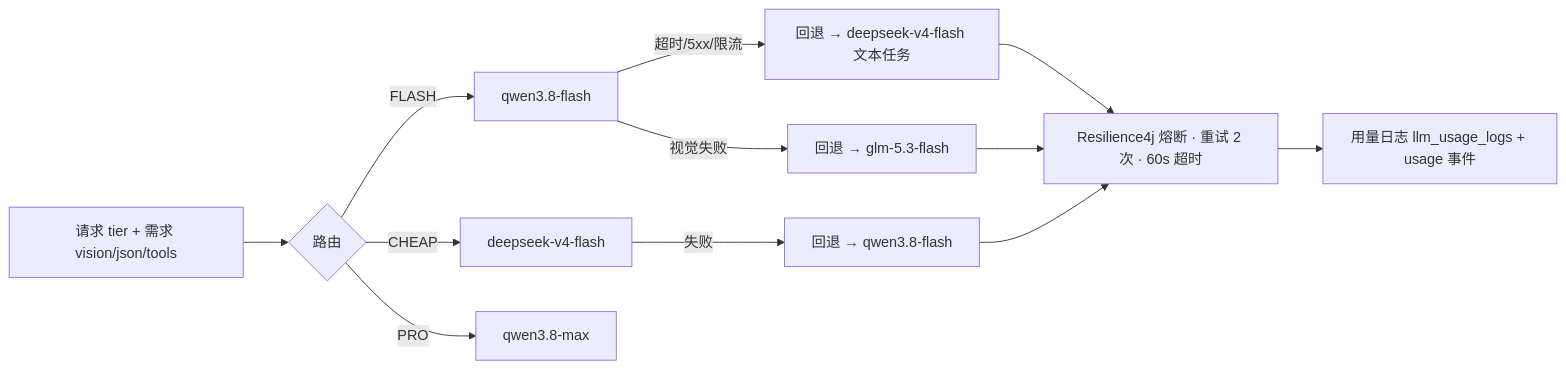
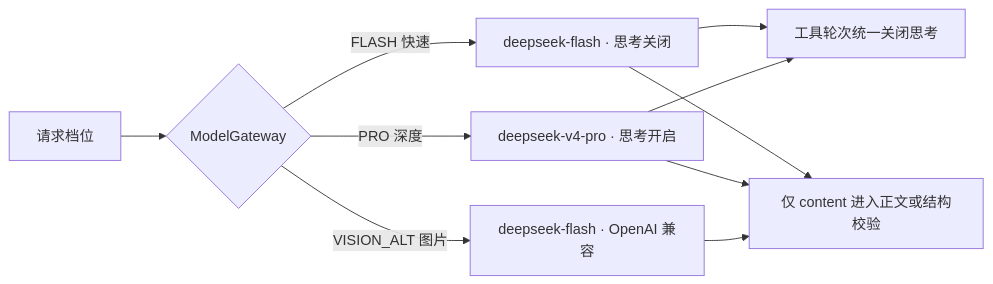
The first of 5 diagrams in docs/04-AI技术方案.md (MAOsaikou/offerpilot), drawn with Mermaid before and after one commit. The commit also changed other lines of this file and 62 other files, not shown here.

````diff
--- a/docs/04-AI技术方案.md
+++ b/docs/04-AI技术方案.md
@@ -120,12 +117,9 @@
 ```mermaid
 flowchart LR
-  Req[请求 tier + 需求 vision/json/tools] --> Route{路由}
-  Route -->|FLASH| Q[qwen3.8-flash]
-  Route -->|CHEAP| D[deepseek-v4-flash]
-  Route -->|PRO| M[qwen3.8-max]
-  Q -->|超时/5xx/限流| FB1[回退 → deepseek-v4-flash 文本任务]
-  Q -->|视觉失败| FB2[回退 → glm-5.3-flash]
-  D -->|失败| FB3[回退 → qwen3.8-flash]
-  FB1 & FB2 & FB3 --> CB[Resilience4j 熔断 · 重试 2 次 · 60s 超时]
-  CB --> Log[用量日志 llm_usage_logs + usage 事件]
+  Req[请求档位] --> Route{ModelGateway}
+  Route -->|FLASH 快速| Flash[deepseek-flash · 思考关闭]
+  Route -->|PRO 深度| Pro[deepseek-v4-pro · 思考开启]
+  Route -->|VISION_ALT 图片| Vision[deepseek-flash · OpenAI 兼容]
+  Flash & Pro --> Tools[工具轮次统一关闭思考]
+  Flash & Pro & Vision --> Content[仅 content 进入正文或结构校验]
 ```
````
